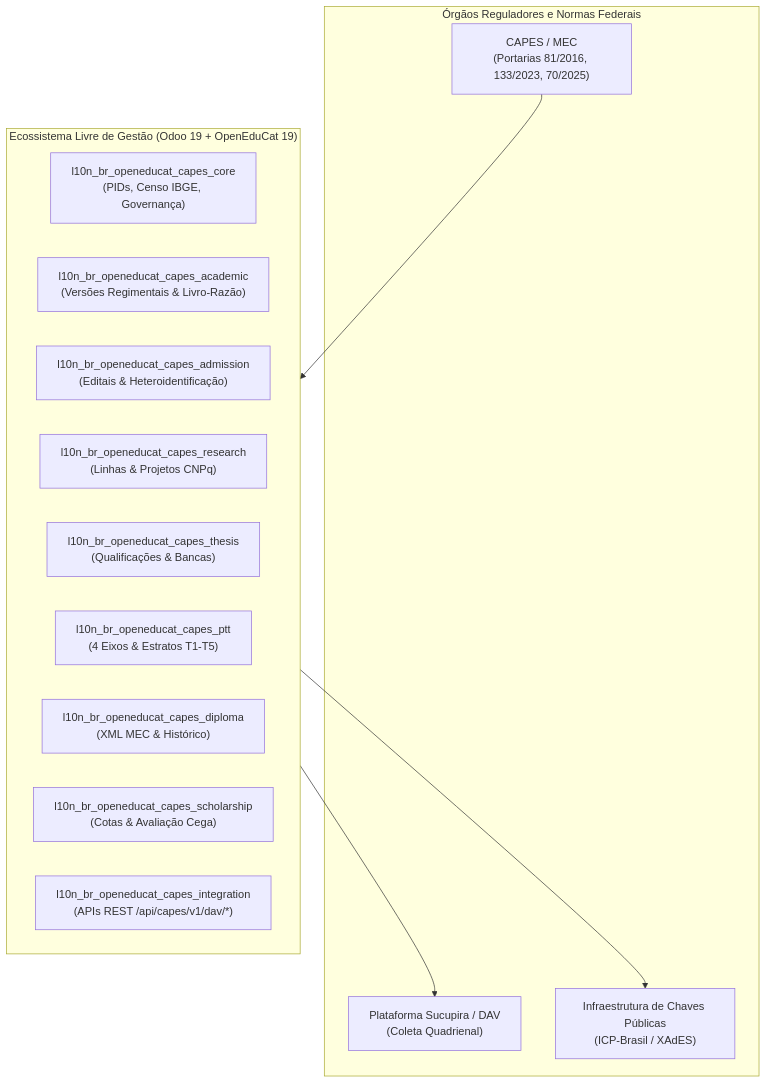
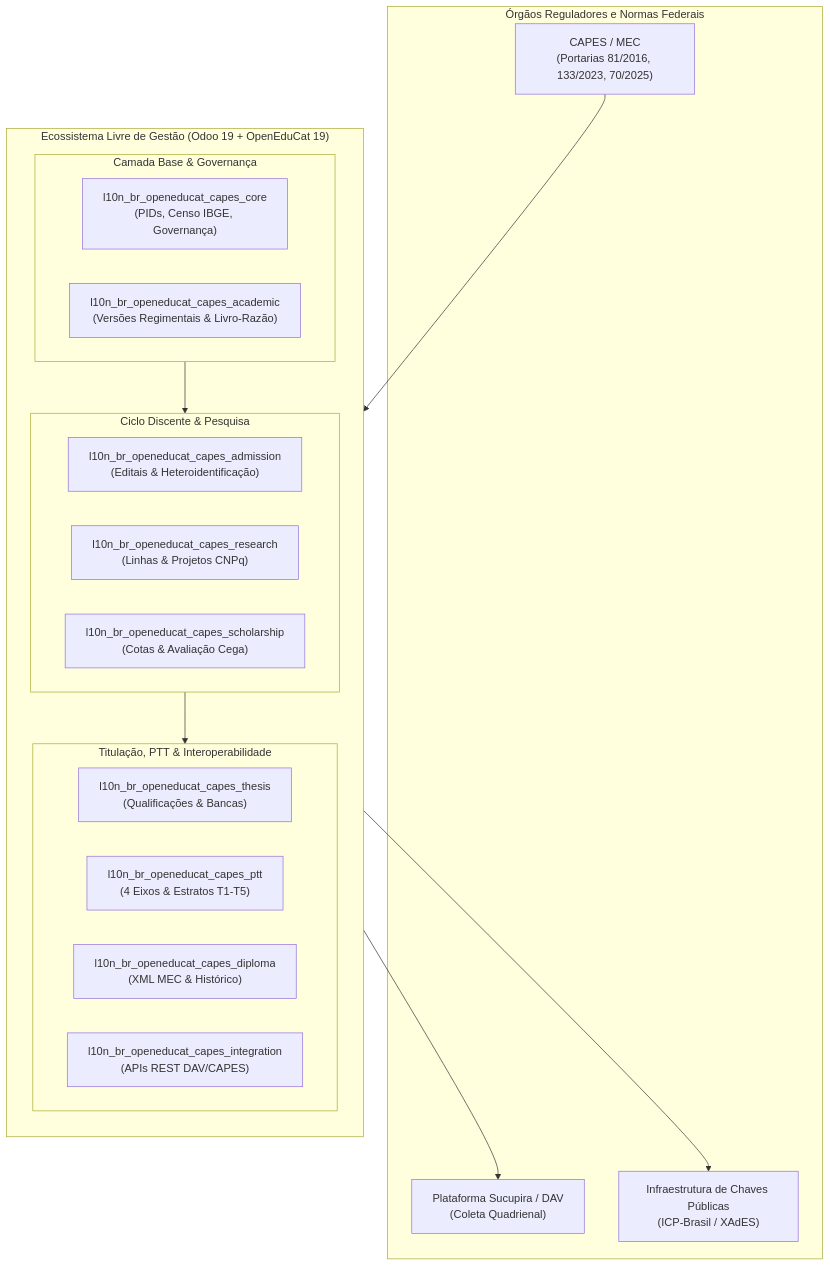
Before and after one commit to momenezes/livroddd: the diagram in 01-visao-geral-e-motivacao.qmd, drawn with Mermaid. The commit also changed 14 other files, not shown here.

Commit message:
fix: elimina truncamento e melhora contraste de textos nos diagramas mermaid

````diff
--- a/01-visao-geral-e-motivacao.qmd
+++ b/01-visao-geral-e-motivacao.qmd
@@ -18,24 +18,33 @@
 ```{mermaid}
 flowchart TD
     subgraph OrgaosReguladores["Órgãos Reguladores e Normas Federais"]
         CAPES["CAPES / MEC<br/>(Portarias 81/2016, 133/2023, 70/2025)"]
         Sucupira["Plataforma Sucupira / DAV<br/>(Coleta Quadrienal)"]
         ICP["Infraestrutura de Chaves Públicas<br/>(ICP-Brasil / XAdES)"]
     end
 
     subgraph ERPInstitucional["Ecossistema Livre de Gestão (Odoo 19 + OpenEduCat 19)"]
-        Core["l10n_br_openeducat_capes_core<br/>(PIDs, Censo IBGE, Governança)"]
-        Academic["l10n_br_openeducat_capes_academic<br/>(Versões Regimentais & Livro-Razão)"]
-        Admission["l10n_br_openeducat_capes_admission<br/>(Editais & Heteroidentificação)"]
-        Research["l10n_br_openeducat_capes_research<br/>(Linhas & Projetos CNPq)"]
-        Thesis["l10n_br_openeducat_capes_thesis<br/>(Qualificações & Bancas)"]
-        PTT["l10n_br_openeducat_capes_ptt<br/>(4 Eixos & Estratos T1-T5)"]
-        Diploma["l10n_br_openeducat_capes_diploma<br/>(XML MEC & Histórico)"]
-        Scholarship["l10n_br_openeducat_capes_scholarship<br/>(Cotas & Avaliação Cega)"]
-        Integration["l10n_br_openeducat_capes_integration<br/>(APIs REST /api/capes/v1/dav/*)"]
+        direction TB
+        subgraph CamadaBase["Camada Base & Governança"]
+            Core["l10n_br_openeducat_capes_core<br/>(PIDs, Censo IBGE, Governança)"]
+            Academic["l10n_br_openeducat_capes_academic<br/>(Versões Regimentais & Livro-Razão)"]
+        end
+        subgraph CamadaCiclo["Ciclo Discente & Pesquisa"]
+            Admission["l10n_br_openeducat_capes_admission<br/>(Editais & Heteroidentificação)"]
+            Research["l10n_br_openeducat_capes_research<br/>(Linhas & Projetos CNPq)"]
+            Scholarship["l10n_br_openeducat_capes_scholarship<br/>(Cotas & Avaliação Cega)"]
+        end
+        subgraph CamadaTitulos["Titulação, PTT & Interoperabilidade"]
+            Thesis["l10n_br_openeducat_capes_thesis<br/>(Qualificações & Bancas)"]
+            PTT["l10n_br_openeducat_capes_ptt<br/>(4 Eixos & Estratos T1-T5)"]
+            Diploma["l10n_br_openeducat_capes_diploma<br/>(XML MEC & Histórico)"]
+            Integration["l10n_br_openeducat_capes_integration<br/>(APIs REST DAV/CAPES)"]
+        end
+        CamadaBase --> CamadaCiclo
+        CamadaCiclo --> CamadaTitulos
     end
 
     CAPES --> ERPInstitucional
     ERPInstitucional --> Sucupira
     ERPInstitucional --> ICP
 ```
````
